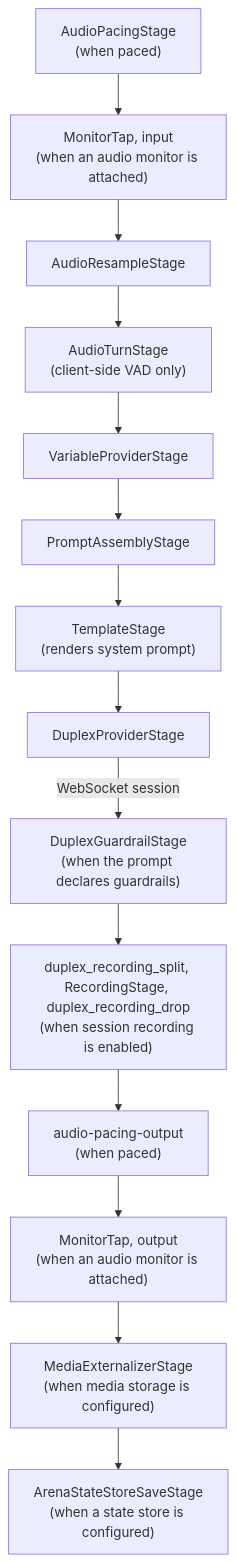
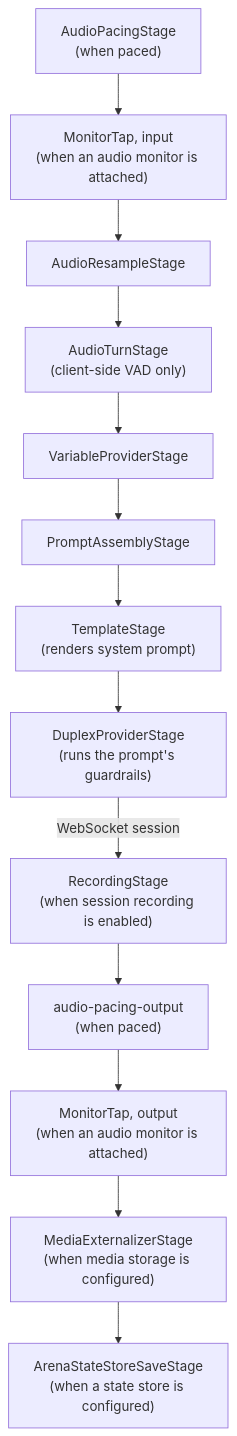
One commit to AltairaLabs/promptarena changed the third of 6 diagrams in docs/src/content/docs/arena/explanation/duplex-architecture.md. Above: the diagram before and after it, drawn with Mermaid. The commit also changed other lines of this file and 35 other files, not shown here.

````diff
--- a/docs/src/content/docs/arena/explanation/duplex-architecture.md
+++ b/docs/src/content/docs/arena/explanation/duplex-architecture.md
@@ -77,16 +75,15 @@
 ```mermaid
 flowchart TD
     pin["AudioPacingStage<br/>(when paced)"] --> tin["MonitorTap, input<br/>(when an audio monitor is attached)"]
     tin --> rs["AudioResampleStage"]
     rs --> ats["AudioTurnStage<br/>(client-side VAD only)"]
     ats --> vps["VariableProviderStage"]
     vps --> pas["PromptAssemblyStage"]
     pas --> ts["TemplateStage<br/>(renders system prompt)"]
-    ts --> dps["DuplexProviderStage"]
-    dps -->|WebSocket session| grs["DuplexGuardrailStage<br/>(when the prompt declares guardrails)"]
-    grs --> rec["duplex_recording_split, RecordingStage, duplex_recording_drop<br/>(when session recording is enabled)"]
+    ts --> dps["DuplexProviderStage<br/>(runs the prompt's guardrails)"]
+    dps -->|WebSocket session| rec["RecordingStage<br/>(when session recording is enabled)"]
     rec --> pout["audio-pacing-output<br/>(when paced)"]
     pout --> tout["MonitorTap, output<br/>(when an audio monitor is attached)"]
     tout --> mes["MediaExternalizerStage<br/>(when media storage is configured)"]
     mes --> ass["ArenaStateStoreSaveStage<br/>(when a state store is configured)"]
 ```
````
